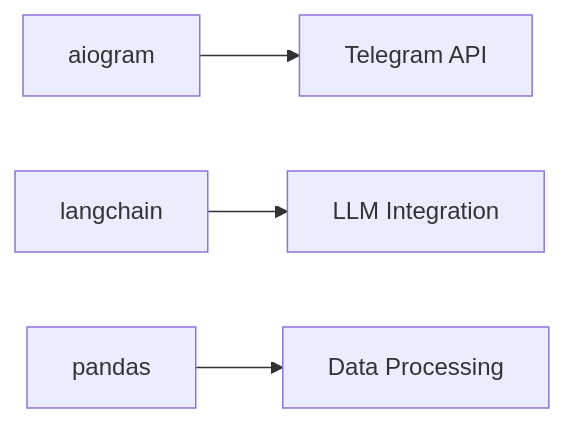
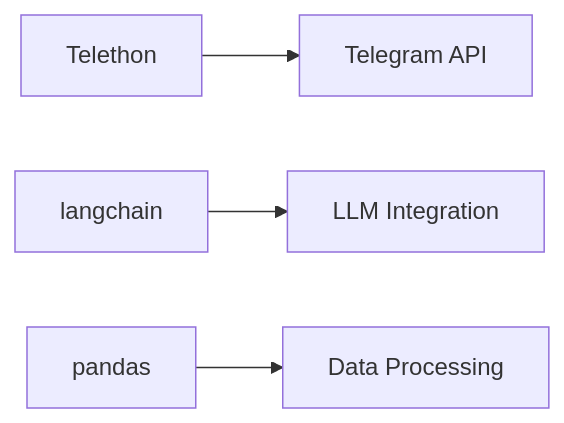
The diagram in memory-bank/techContext.md (fundottz/telegram-crewai-summarizer), drawn with Mermaid before and after one commit. The commit also changed other lines of this file, not shown here.

Commit message:
Update tech context: replace aiogram with Telethon for Telegram API

````diff
--- a/memory-bank/techContext.md
+++ b/memory-bank/techContext.md
@@ -10,6 +10,6 @@
 ```mermaid
 flowchart LR
-    A[aiogram] --> B[Telegram API]
+    A[Telethon] --> B[Telegram API]
     C[langchain] --> D[LLM Integration]
     E[pandas] --> F[Data Processing]
 ```
````
